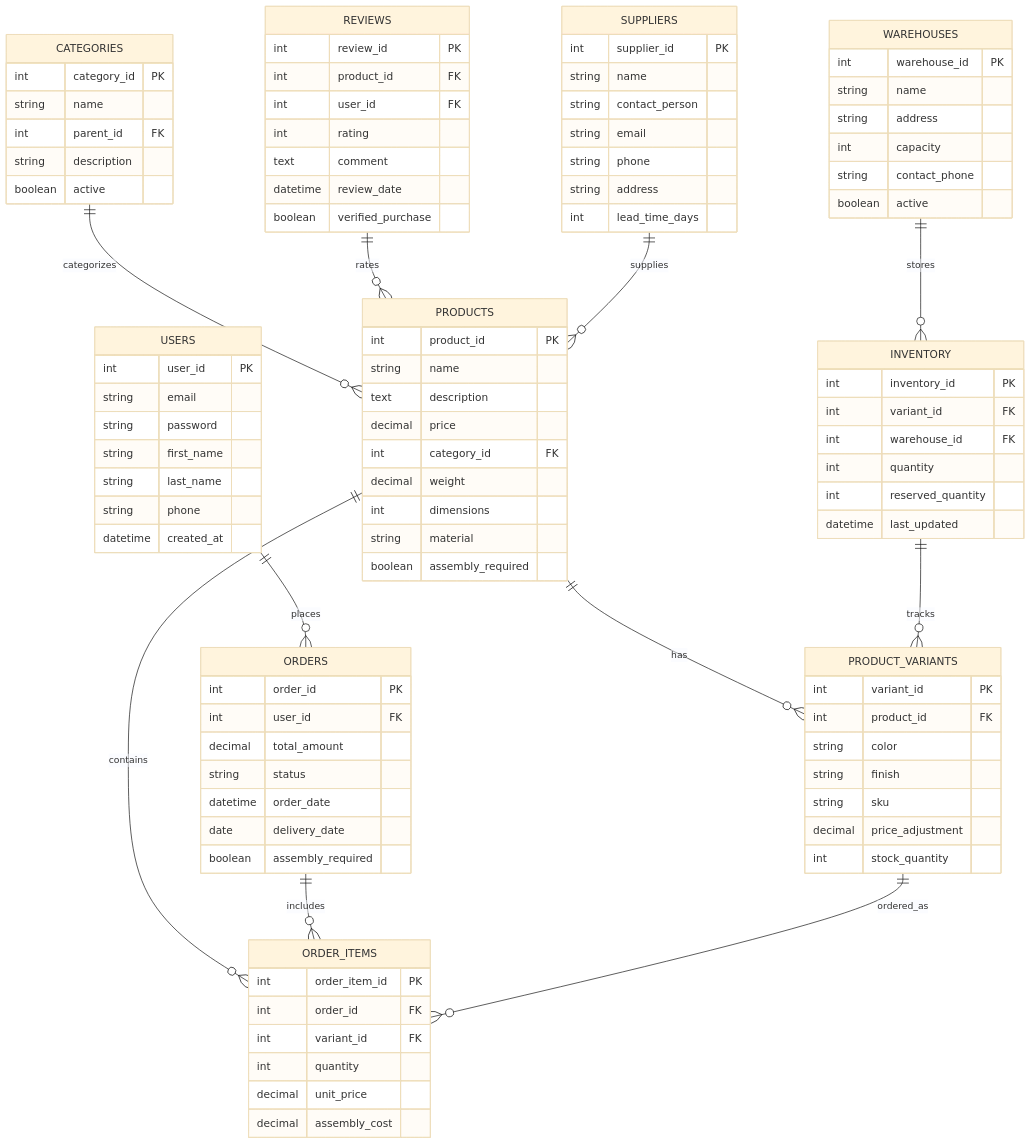
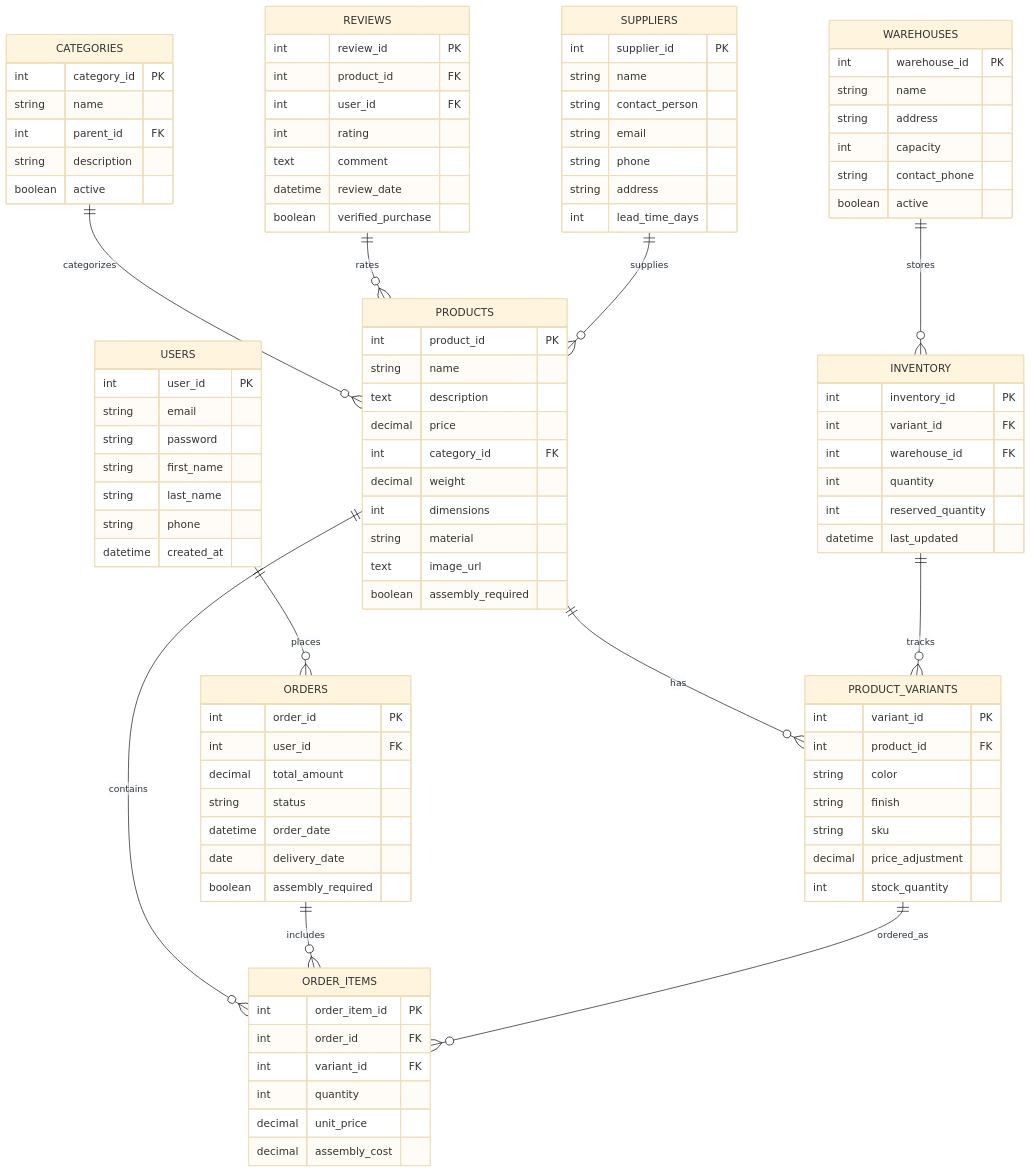
Before and after one commit to Akanksha-codes/furniture-webshop: the diagram in furniture-db-diagram-clear.mermaid, drawn with Mermaid (base theme).

Commit message:
furniture-db-diagram.mermaid

```diff
--- a/furniture-db-diagram-clear.mermaid
+++ b/furniture-db-diagram-clear.mermaid
@@ -1,107 +1,108 @@
 erDiagram
     USERS ||--o{ ORDERS : places
     USERS {
         int user_id PK
         string email
         string password
         string first_name
         string last_name
         string phone
         datetime created_at
     }
     
     PRODUCTS ||--o{ PRODUCT_VARIANTS : has
     PRODUCTS ||--o{ ORDER_ITEMS : contains
     PRODUCTS {
         int product_id PK
         string name
         text description
         decimal price
         int category_id FK
         decimal weight
         int dimensions
         string material
+        text image_url
         boolean assembly_required
     }
 
     CATEGORIES ||--o{ PRODUCTS : categorizes
     CATEGORIES {
         int category_id PK
         string name
         int parent_id FK
         string description
         boolean active
     }
 
     ORDERS ||--o{ ORDER_ITEMS : includes
     ORDERS {
         int order_id PK
         int user_id FK
         decimal total_amount
         string status
         datetime order_date
         date delivery_date
         boolean assembly_required
     }
 
     PRODUCT_VARIANTS ||--o{ ORDER_ITEMS : ordered_as
     PRODUCT_VARIANTS {
         int variant_id PK
         int product_id FK
         string color
         string finish
         string sku
         decimal price_adjustment
         int stock_quantity
     }
 
     ORDER_ITEMS {
         int order_item_id PK
         int order_id FK
         int variant_id FK
         int quantity
         decimal unit_price
         decimal assembly_cost
     }
 
     INVENTORY ||--o{ PRODUCT_VARIANTS : tracks
     INVENTORY {
         int inventory_id PK
         int variant_id FK
         int warehouse_id FK
         int quantity
         int reserved_quantity
         datetime last_updated
     }
 
     WAREHOUSES ||--o{ INVENTORY : stores
     WAREHOUSES {
         int warehouse_id PK
         string name
         string address
         int capacity
         string contact_phone
         boolean active
     }
 
     REVIEWS ||--o{ PRODUCTS : rates
     REVIEWS {
         int review_id PK
         int product_id FK
         int user_id FK
         int rating
         text comment
         datetime review_date
         boolean verified_purchase
     }
 
     SUPPLIERS ||--o{ PRODUCTS : supplies
     SUPPLIERS {
         int supplier_id PK
         string name
         string contact_person
         string email
         string phone
         string address
         int lead_time_days
     }
```
